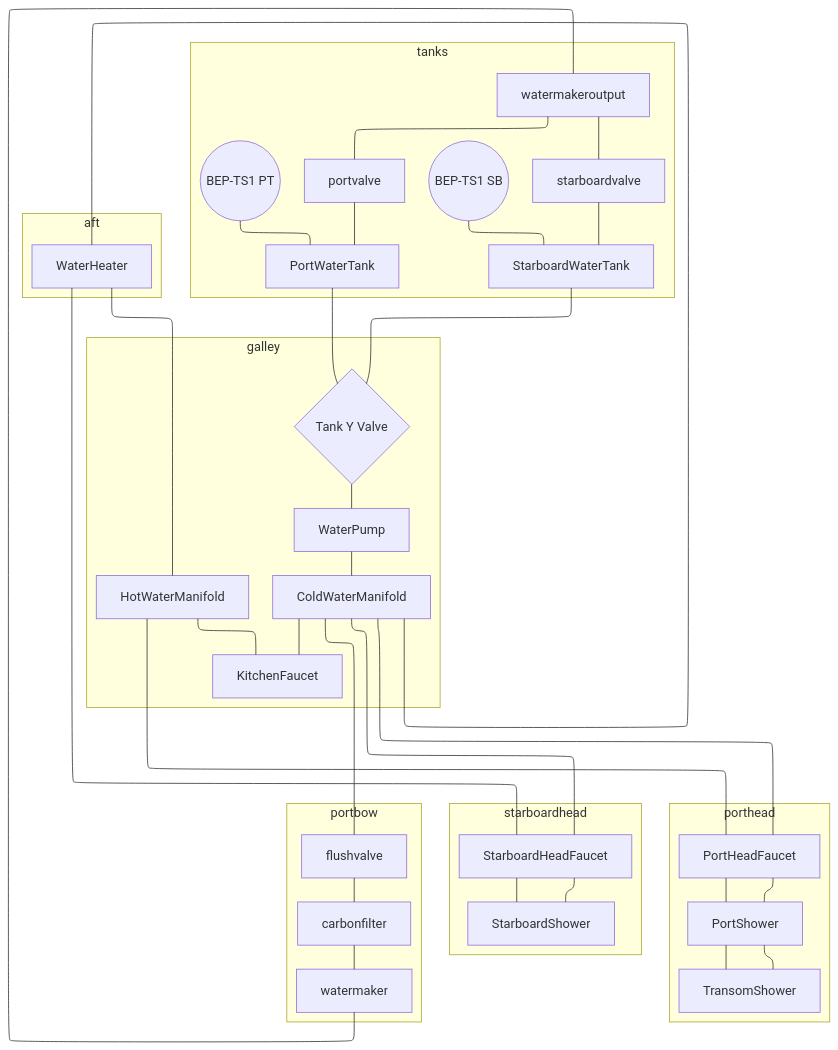
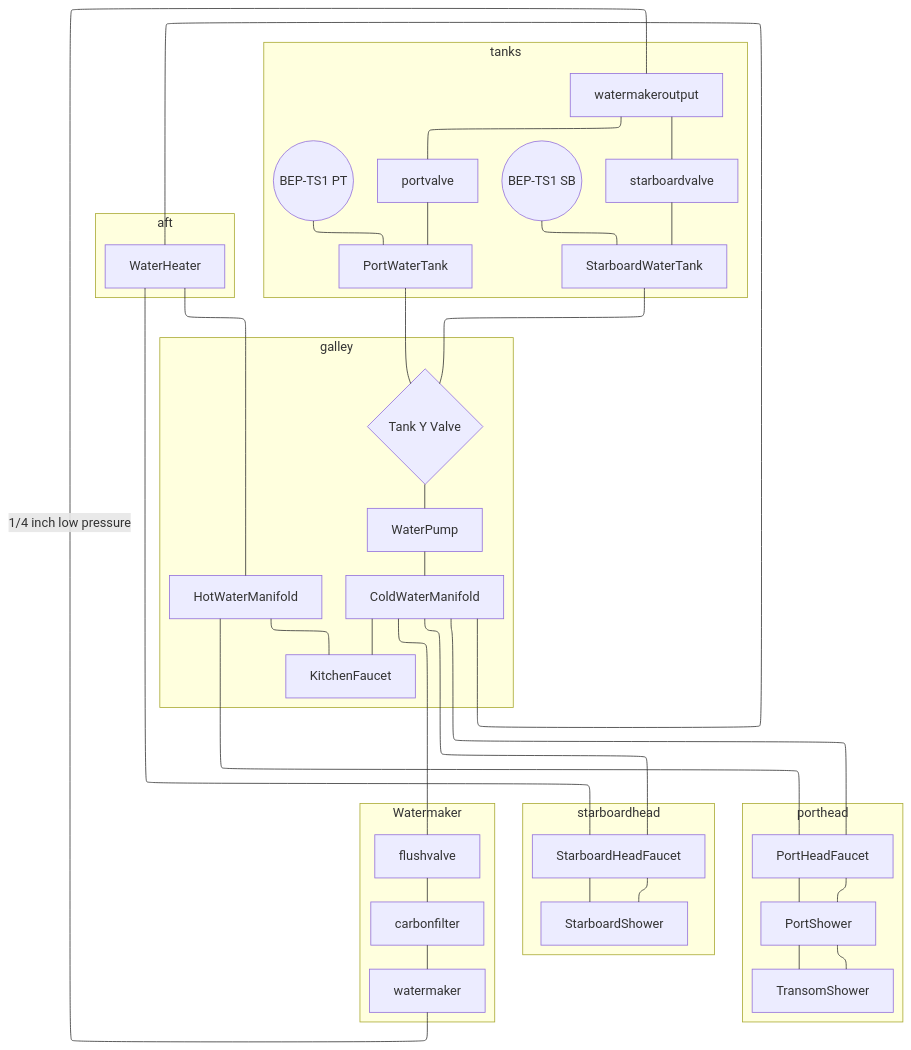
The diagram in owners_manual/FreshWater.md (dcoon/svharmony), drawn with Mermaid before and after one commit.

Commit message:
vault backup: 2024-01-15 08:29:02

````diff
--- a/owners_manual/FreshWater.md
+++ b/owners_manual/FreshWater.md
@@ -6,44 +6,44 @@
 ```mermaid
 flowchart-elk TB
 
 	
 subgraph tanks
 	beptst1((BEP-TS1 PT)) --- PortWaterTank
 	beptst2((BEP-TS1 SB)) --- StarboardWaterTank
 
 	watermakeroutput --- portvalve --- PortWaterTank
 	watermakeroutput --- starboardvalve --- StarboardWaterTank
 end
 
 subgraph galley
 	PortWaterTank --- WaterTankSelectValve
 	StarboardWaterTank --- WaterTankSelectValve{"Tank Y Valve"}
 	WaterTankSelectValve --- WaterPump
 	WaterPump --- ColdWaterManifold 
 
 	ColdWaterManifold --- KitchenFaucet
 	HotWaterManifold --- KitchenFaucet
 
 end
 
 subgraph aft
 	ColdWaterManifold --- WaterHeater --- HotWaterManifold
 end
 
 subgraph porthead
 	ColdWaterManifold --- PortHeadFaucet --- PortShower --- TransomShower
 	HotWaterManifold --- PortHeadFaucet	--- PortShower --- TransomShower
 end
 
 subgraph starboardhead
 	ColdWaterManifold --- StarboardHeadFaucet --- StarboardShower
 	WaterHeater --- StarboardHeadFaucet --- StarboardShower
 end
 
-subgraph portbow
+subgraph portbow["Watermaker"]
 	ColdWaterManifold --- flushvalve --- carbonfilter --- watermaker
-	watermaker --- watermakeroutput
+	watermaker ---|"1/4 inch low pressure"| watermakeroutput
 end
 
 
 ```
````
